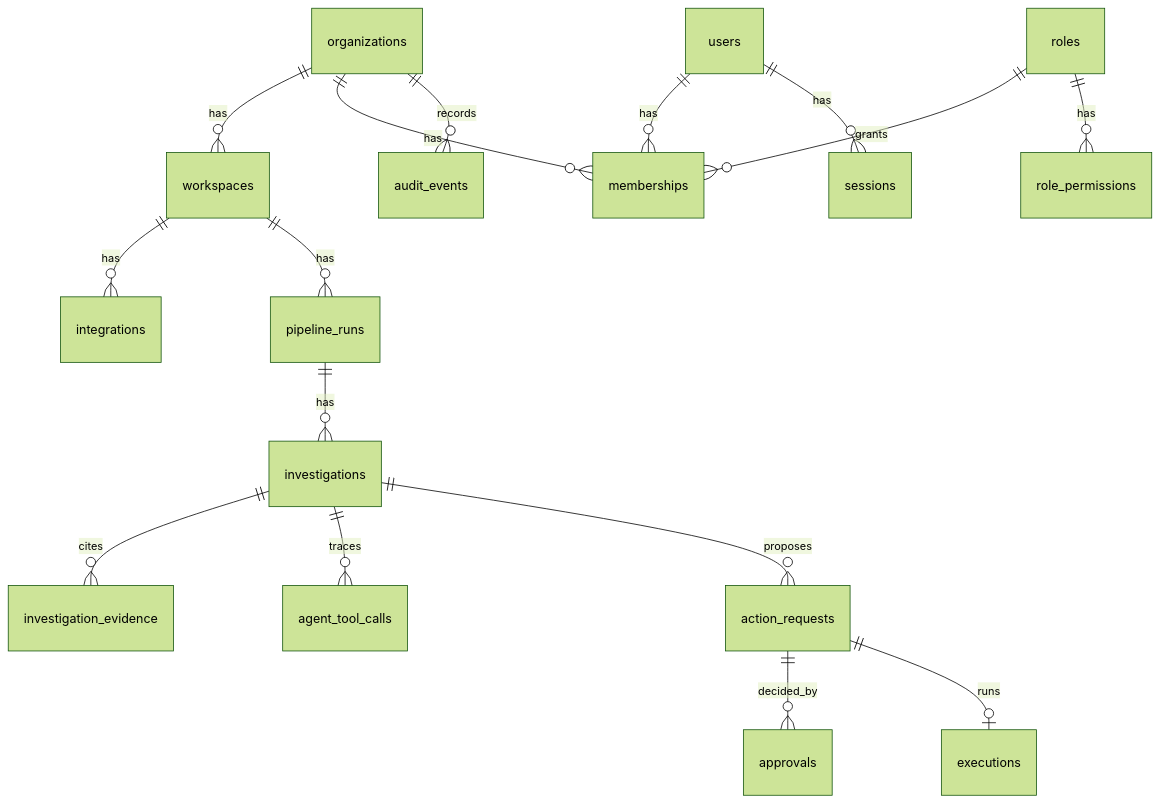
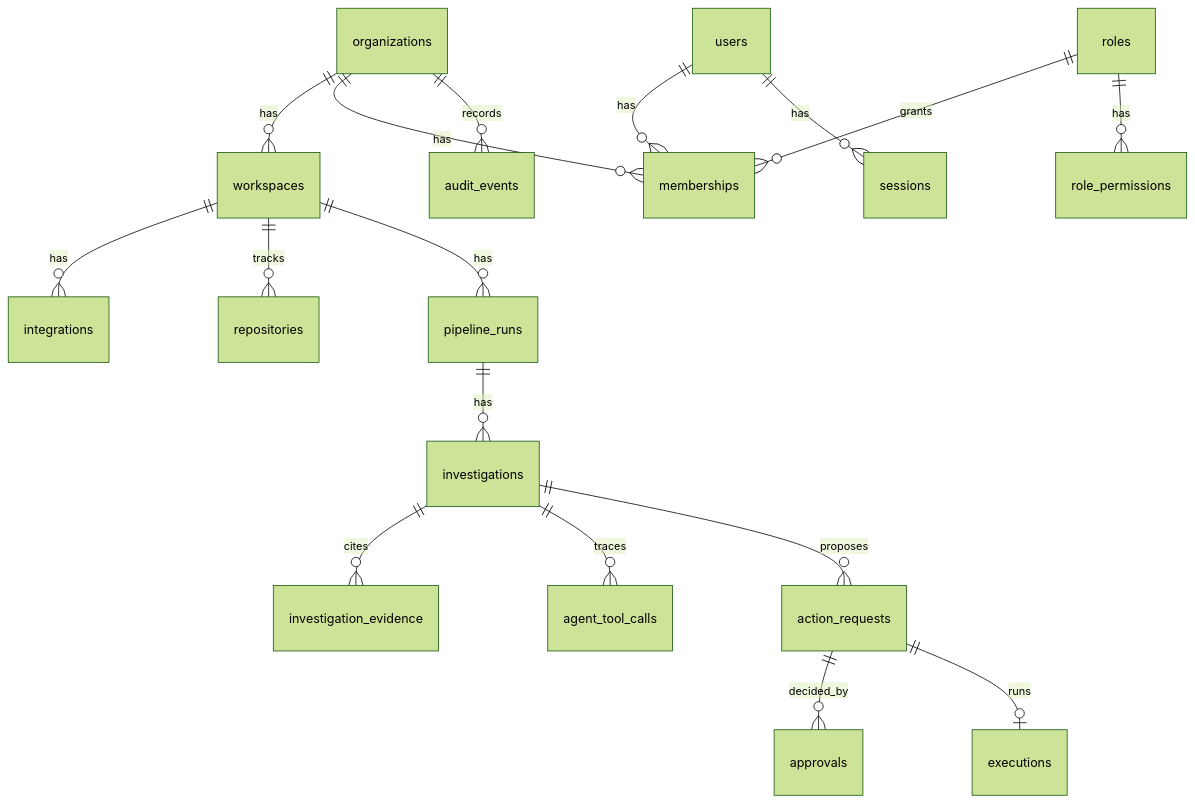
One commit to GajapathiRaoAmpera/ops-pilot-backend changed the diagram in docs/data-model.md. Above: the diagram before and after it, drawn with Mermaid (forest theme). The commit also changed other lines of this file and 13 other files, not shown here.

````diff
--- a/docs/data-model.md
+++ b/docs/data-model.md
@@ -5,18 +5,19 @@
 ```mermaid
 erDiagram
   organizations ||--o{ workspaces : has
   organizations ||--o{ memberships : has
   users ||--o{ memberships : has
   roles ||--o{ memberships : grants
   roles ||--o{ role_permissions : has
   users ||--o{ sessions : has
   workspaces ||--o{ integrations : has
+  workspaces ||--o{ repositories : tracks
   workspaces ||--o{ pipeline_runs : has
   pipeline_runs ||--o{ investigations : has
   investigations ||--o{ investigation_evidence : cites
   investigations ||--o{ agent_tool_calls : traces
   investigations ||--o{ action_requests : proposes
   action_requests ||--o{ approvals : decided_by
   action_requests ||--o| executions : runs
   organizations ||--o{ audit_events : records
 ```
````
